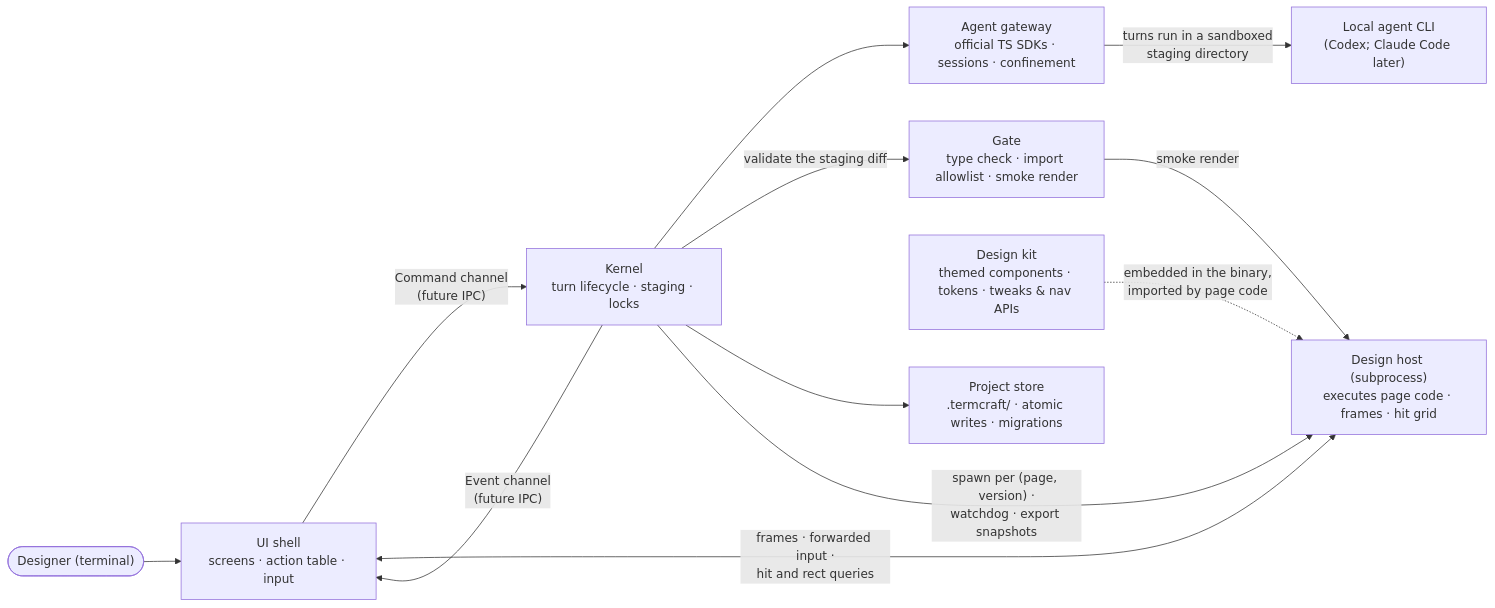
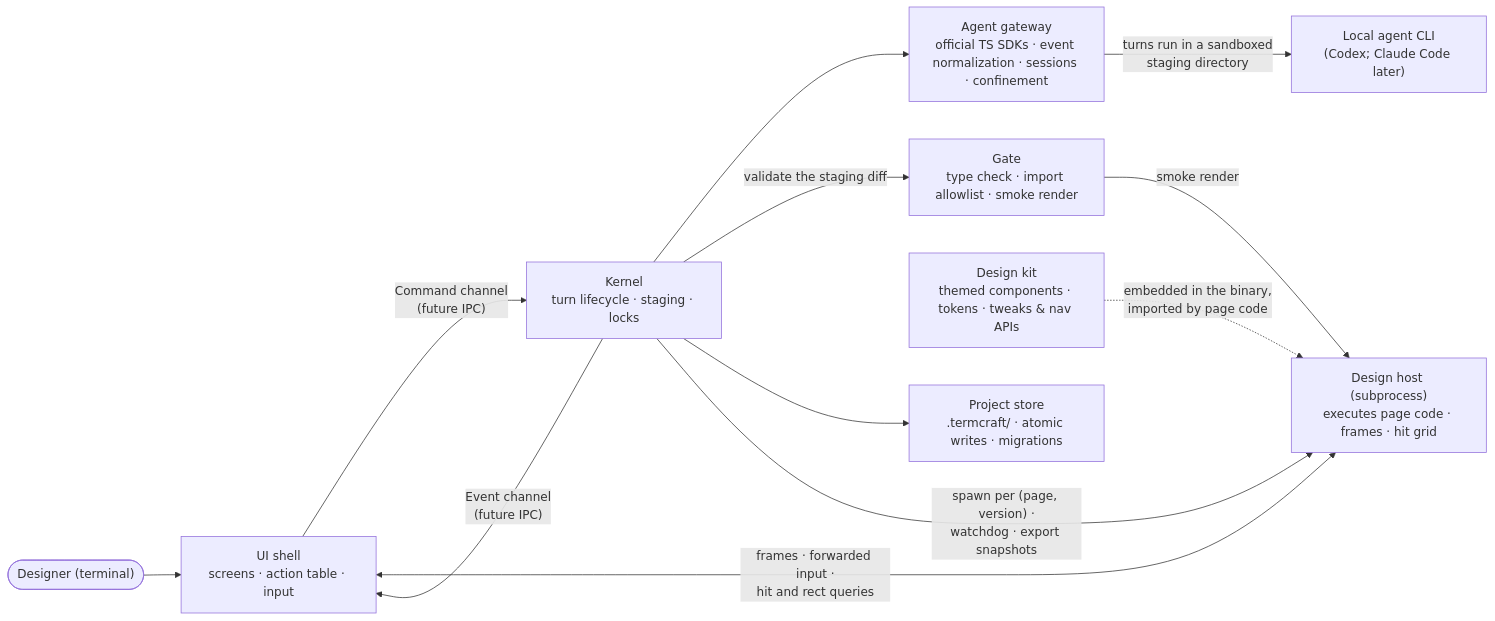
One commit to khmilevoi/termcraft changed the diagram in docs/architecture/modules.md. Above: the diagram before and after it, drawn with Mermaid. The commit also changed other lines of this file, not shown here.

````diff
--- a/docs/architecture/modules.md
+++ b/docs/architecture/modules.md
@@ -3,24 +3,24 @@
 ```mermaid
 flowchart LR
     designer(["Designer (terminal)"]) --> uishell
     cli["Local agent CLI<br/>(Codex; Claude Code later)"]
 
     uishell["UI shell<br/>screens · action table · input"]
     kernel["Kernel<br/>turn lifecycle · staging · locks"]
-    gateway["Agent gateway<br/>official TS SDKs · sessions · confinement"]
+    gateway["Agent gateway<br/>official TS SDKs · event normalization · sessions · confinement"]
     gate["Gate<br/>type check · import allowlist · smoke render"]
     kit["Design kit<br/>themed components · tokens · tweaks & nav APIs"]
     host["Design host (subprocess)<br/>executes page code · frames · hit grid"]
     pstore["Project store<br/>.termcraft/ · atomic writes · migrations"]
 
     uishell -- "Command channel<br/>(future IPC)" --> kernel
     kernel -- "Event channel<br/>(future IPC)" --> uishell
     kernel --> gateway
     gateway -- "turns run in a sandboxed<br/>staging directory" --> cli
     kernel -- "validate the staging diff" --> gate
     kernel --> pstore
     kernel -- "spawn per (page, version) ·<br/>watchdog · export snapshots" --> host
     uishell <-- "frames · forwarded input ·<br/>hit and rect queries" --> host
     gate -- "smoke render" --> host
     kit -. "embedded in the binary,<br/>imported by page code" .-> host
 ```
````
